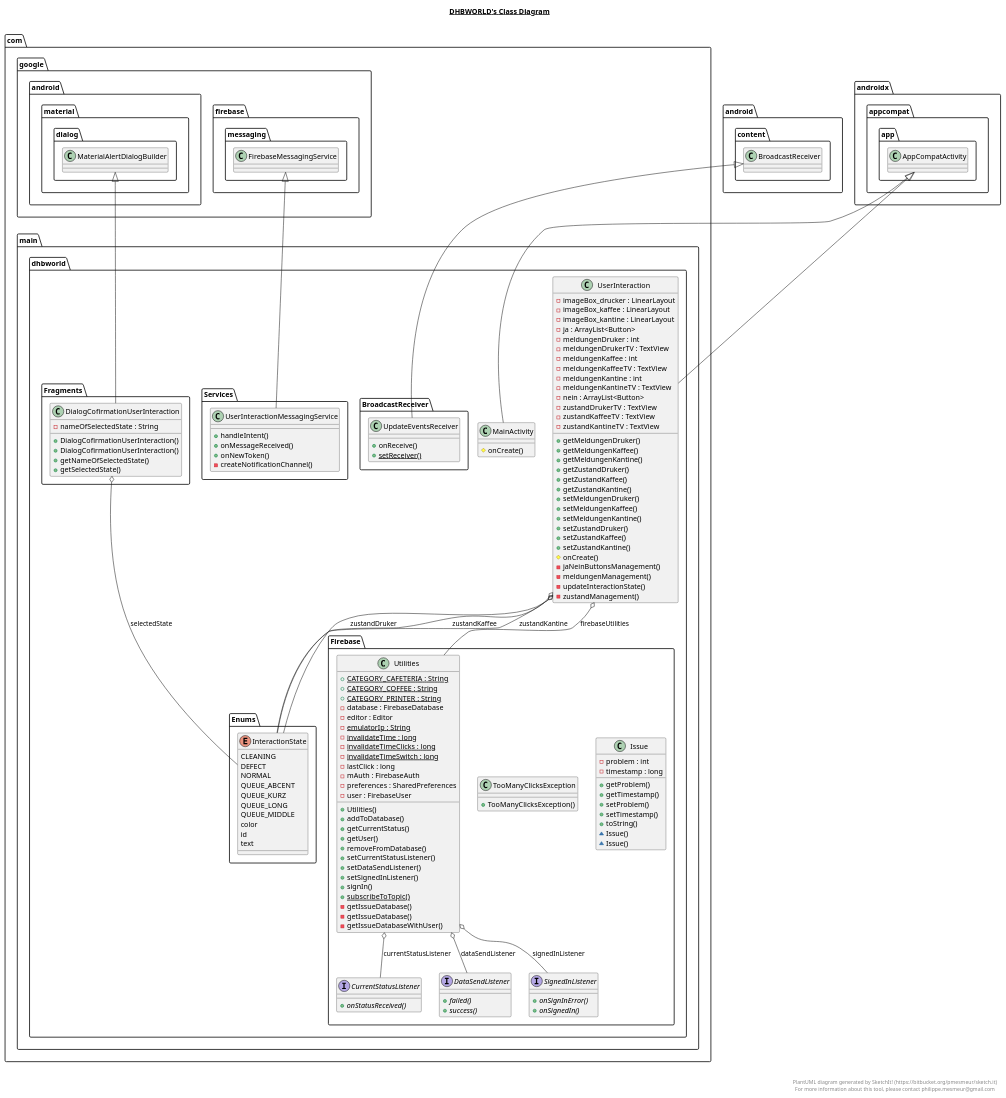
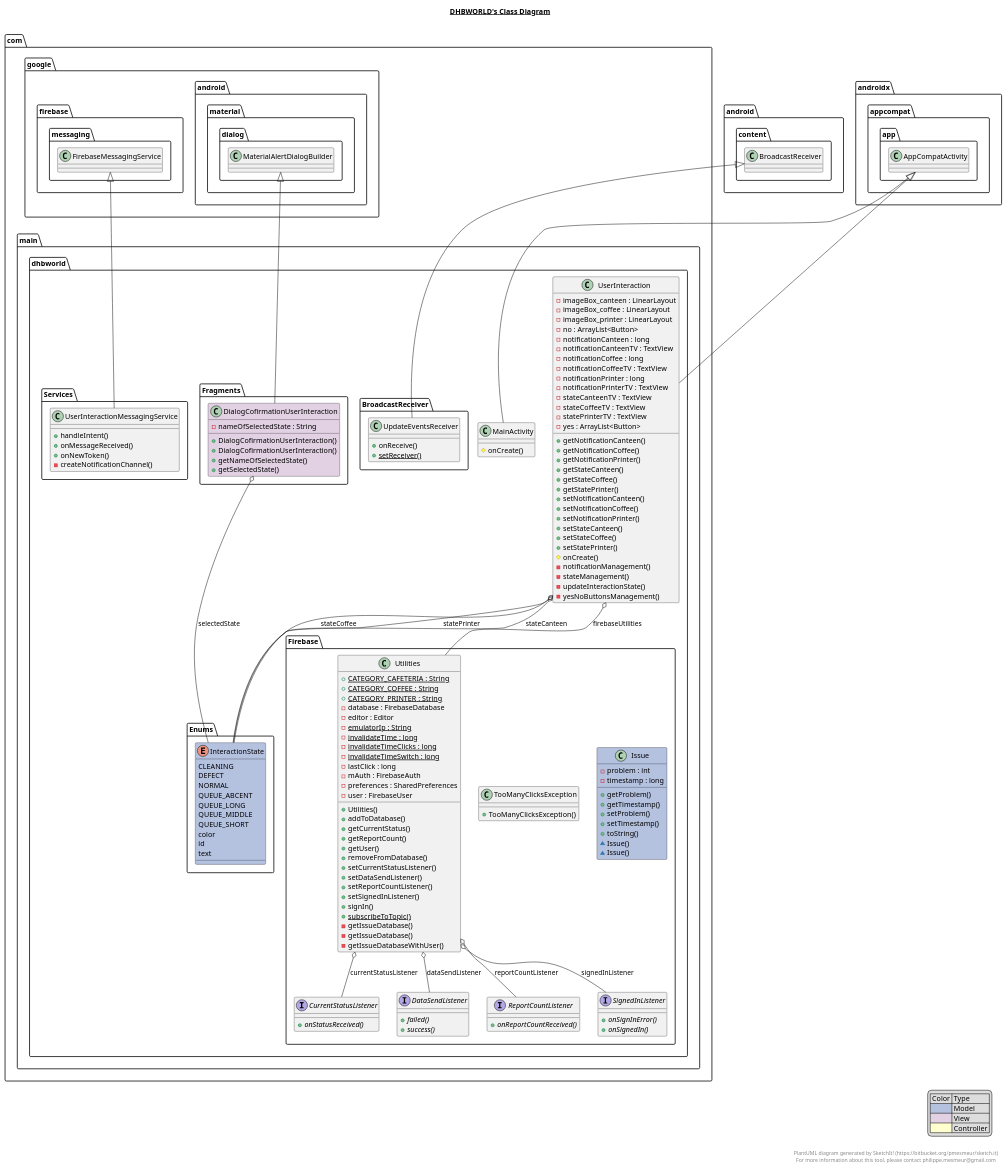
The diagram in app/src/main/java/com/main/dhbworld/dhbworld.plantuml (DHBWorld/DHBWorld), drawn with PlantUML before and after one commit. The commit also changed 3 other files, not shown here.

Commit message:
Added Class diagram

```diff
--- a/app/src/main/java/com/main/dhbworld/dhbworld.plantuml
+++ b/app/src/main/java/com/main/dhbworld/dhbworld.plantuml
@@ -1,4 +1,13 @@
 @startuml
+
+skinparam classBorderColor black
+
+legend right
+    | Color | Type |
+    |<#B4C2E0>| Model |
+    |<#E2D1E3>| View |
+    |<#FEFECE>| Controller |
+endlegend
 
 title __DHBWORLD's Class Diagram__\n
 
@@ -11,41 +20,67 @@
 
   namespace com.main.dhbworld {
     class com.main.dhbworld.UserInteraction {
-        - imageBox_drucker : LinearLayout
-        - imageBox_kaffee : LinearLayout
-        - imageBox_kantine : LinearLayout
-        - ja : ArrayList<Button>
-        - meldungenDruker : int
-        - meldungenDrukerTV : TextView
-        - meldungenKaffee : int
-        - meldungenKaffeeTV : TextView
-        - meldungenKantine : int
-        - meldungenKantineTV : TextView
-        - nein : ArrayList<Button>
-        - zustandDrukerTV : TextView
-        - zustandKaffeeTV : TextView
-        - zustandKantineTV : TextView
-        + getMeldungenDruker()
-        + getMeldungenKaffee()
-        + getMeldungenKantine()
-        + getZustandDruker()
-        + getZustandKaffee()
-        + getZustandKantine()
-        + setMeldungenDruker()
-        + setMeldungenKaffee()
-        + setMeldungenKantine()
-        + setZustandDruker()
-        + setZustandKaffee()
-        + setZustandKantine()
+        - imageBox_canteen : LinearLayout
+        - imageBox_coffee : LinearLayout
+        - imageBox_printer : LinearLayout
+        - no : ArrayList<Button>
+        - notificationCanteen : long
+        - notificationCanteenTV : TextView
+        - notificationCoffee : long
+        - notificationCoffeeTV : TextView
+        - notificationPrinter : long
+        - notificationPrinterTV : TextView
+        - stateCanteenTV : TextView
+        - stateCoffeeTV : TextView
+        - statePrinterTV : TextView
+        - yes : ArrayList<Button>
+        + getNotificationCanteen()
+        + getNotificationCoffee()
+        + getNotificationPrinter()
+        + getStateCanteen()
+        + getStateCoffee()
+        + getStatePrinter()
+        + setNotificationCanteen()
+        + setNotificationCoffee()
+        + setNotificationPrinter()
+        + setStateCanteen()
+        + setStateCoffee()
+        + setStatePrinter()
         # onCreate()
-        - jaNeinButtonsManagement()
-        - meldungenManagement()
+        - notificationManagement()
+        - stateManagement()
         - updateInteractionState()
-        - zustandManagement()
+        - yesNoButtonsManagement()
     }
   }
 
-   namespace com.main.dhbworld {
+namespace com.main.dhbworld {
+    namespace BroadcastReceiver {
+      class com.main.dhbworld.BroadcastReceiver.UpdateEventsReceiver {
+          + onReceive()
+          {static} + setReceiver()
+      }
+    }
+  }
+
+  namespace com.main.dhbworld {
+    namespace Enums {
+      enum InteractionState #B4C2E0 {
+        CLEANING
+        DEFECT
+        NORMAL
+        QUEUE_ABCENT
+        QUEUE_LONG
+        QUEUE_MIDDLE
+        QUEUE_SHORT
+        color
+        id
+        text
+      }
+    }
+  }
+
+    namespace com.main.dhbworld {
       namespace Firebase {
         interface com.main.dhbworld.Firebase.CurrentStatusListener {
             {abstract} + onStatusReceived()
@@ -66,7 +101,7 @@
 
     namespace com.main.dhbworld {
       namespace Firebase {
-        class com.main.dhbworld.Firebase.Issue {
+        class com.main.dhbworld.Firebase.Issue #B4C2E0 {
             - problem : int
             - timestamp : long
             + getProblem()
@@ -76,6 +111,15 @@
             + toString()
             ~ Issue()
             ~ Issue()
+        }
+      }
+    }
+
+
+    namespace com.main.dhbworld {
+      namespace Firebase {
+        interface com.main.dhbworld.Firebase.ReportCountListener {
+            {abstract} + onReportCountReceived()
         }
       }
     }
@@ -119,10 +163,12 @@
             + Utilities()
             + addToDatabase()
             + getCurrentStatus()
+            + getReportCount()
             + getUser()
             + removeFromDatabase()
             + setCurrentStatusListener()
             + setDataSendListener()
+            + setReportCountListener()
             + setSignedInListener()
             + signIn()
             {static} + subscribeToTopic()
@@ -133,75 +179,53 @@
       }
     }
 
-    namespace com.main.dhbworld {
-      namespace Services {
-        class com.main.dhbworld.Services.UserInteractionMessagingService {
-            + handleIntent()
-            + onMessageReceived()
-            + onNewToken()
-            - createNotificationChannel()
-        }
+  namespace com.main.dhbworld {
+    namespace Fragments {
+      class com.main.dhbworld.Fragments.DialogCofirmationUserInteraction #E2D1E3 {
+          - nameOfSelectedState : String
+          + DialogCofirmationUserInteraction()
+          + DialogCofirmationUserInteraction()
+          + getNameOfSelectedState()
+          + getSelectedState()
       }
     }
+  }
 
-    namespace com.main.dhbworld {
-      namespace Fragments {
-        class com.main.dhbworld.Fragments.DialogCofirmationUserInteraction {
-            - nameOfSelectedState : String
-            + DialogCofirmationUserInteraction()
-            + DialogCofirmationUserInteraction()
-            + getNameOfSelectedState()
-            + getSelectedState()
-        }
+  namespace com.main.dhbworld {
+    namespace Services {
+      class com.main.dhbworld.Services.UserInteractionMessagingService {
+          + handleIntent()
+          + onMessageReceived()
+          + onNewToken()
+          - createNotificationChannel()
       }
     }
-
-    namespace com.main.dhbworld {
-      namespace Enums {
-        enum InteractionState {
-          CLEANING
-          DEFECT
-          NORMAL
-          QUEUE_ABCENT
-          QUEUE_KURZ
-          QUEUE_LONG
-          QUEUE_MIDDLE
-          color
-          id
-          text
-        }
-      }
-    }
-
-    namespace com.main.dhbworld {
-      namespace BroadcastReceiver {
-        class com.main.dhbworld.BroadcastReceiver.UpdateEventsReceiver {
-            + onReceive()
-            {static} + setReceiver()
-        }
-      }
-    }
+  }
 
 
-    com.main.dhbworld.BroadcastReceiver.UpdateEventsReceiver -up-|> android.content.BroadcastReceiver
+  com.main.dhbworld.Services.UserInteractionMessagingService -up-|> com.google.firebase.messaging.FirebaseMessagingService
 
 
-    com.main.dhbworld.Fragments.DialogCofirmationUserInteraction -up-|> com.google.android.material.dialog.MaterialAlertDialogBuilder
-    com.main.dhbworld.Fragments.DialogCofirmationUserInteraction o-- com.main.dhbworld.Enums.InteractionState : selectedState
-    com.main.dhbworld.Services.UserInteractionMessagingService -up-|> com.google.firebase.messaging.FirebaseMessagingService
+  com.main.dhbworld.Fragments.DialogCofirmationUserInteraction -up-|> com.google.android.material.dialog.MaterialAlertDialogBuilder
+  com.main.dhbworld.Fragments.DialogCofirmationUserInteraction o-- com.main.dhbworld.Enums.InteractionState : selectedState
+
+
     com.main.dhbworld.Firebase.Utilities o-- com.main.dhbworld.Firebase.CurrentStatusListener : currentStatusListener
     com.main.dhbworld.Firebase.Utilities o-- com.main.dhbworld.Firebase.DataSendListener : dataSendListener
+    com.main.dhbworld.Firebase.Utilities o-- com.main.dhbworld.Firebase.ReportCountListener : reportCountListener
     com.main.dhbworld.Firebase.Utilities o-- com.main.dhbworld.Firebase.SignedInListener : signedInListener
-    com.main.dhbworld.MainActivity -up-|> androidx.appcompat.app.AppCompatActivity
-    com.main.dhbworld.UserInteraction -up-|> androidx.appcompat.app.AppCompatActivity
-    com.main.dhbworld.UserInteraction o-- com.main.dhbworld.Firebase.Utilities : firebaseUtilities
-    com.main.dhbworld.UserInteraction o-- com.main.dhbworld.Enums.InteractionState : zustandDruker
-    com.main.dhbworld.UserInteraction o-- com.main.dhbworld.Enums.InteractionState : zustandKaffee
-    com.main.dhbworld.UserInteraction o-- com.main.dhbworld.Enums.InteractionState : zustandKantine
 
 
+  com.main.dhbworld.BroadcastReceiver.UpdateEventsReceiver -up-|> android.content.BroadcastReceiver
+
+  com.main.dhbworld.MainActivity -up-|> androidx.appcompat.app.AppCompatActivity
+  com.main.dhbworld.UserInteraction -up-|> androidx.appcompat.app.AppCompatActivity
+  com.main.dhbworld.UserInteraction o-- com.main.dhbworld.Firebase.Utilities : firebaseUtilities
+  com.main.dhbworld.UserInteraction o-- com.main.dhbworld.Enums.InteractionState : stateCanteen
+  com.main.dhbworld.UserInteraction o-- com.main.dhbworld.Enums.InteractionState : stateCoffee
+  com.main.dhbworld.UserInteraction o-- com.main.dhbworld.Enums.InteractionState : statePrinter
+
 right footer
-
 
 PlantUML diagram generated by SketchIt! (https://bitbucket.org/pmesmeur/sketch.it)
 For more information about this tool, please contact philippe.mesmeur@gmail.com
```
